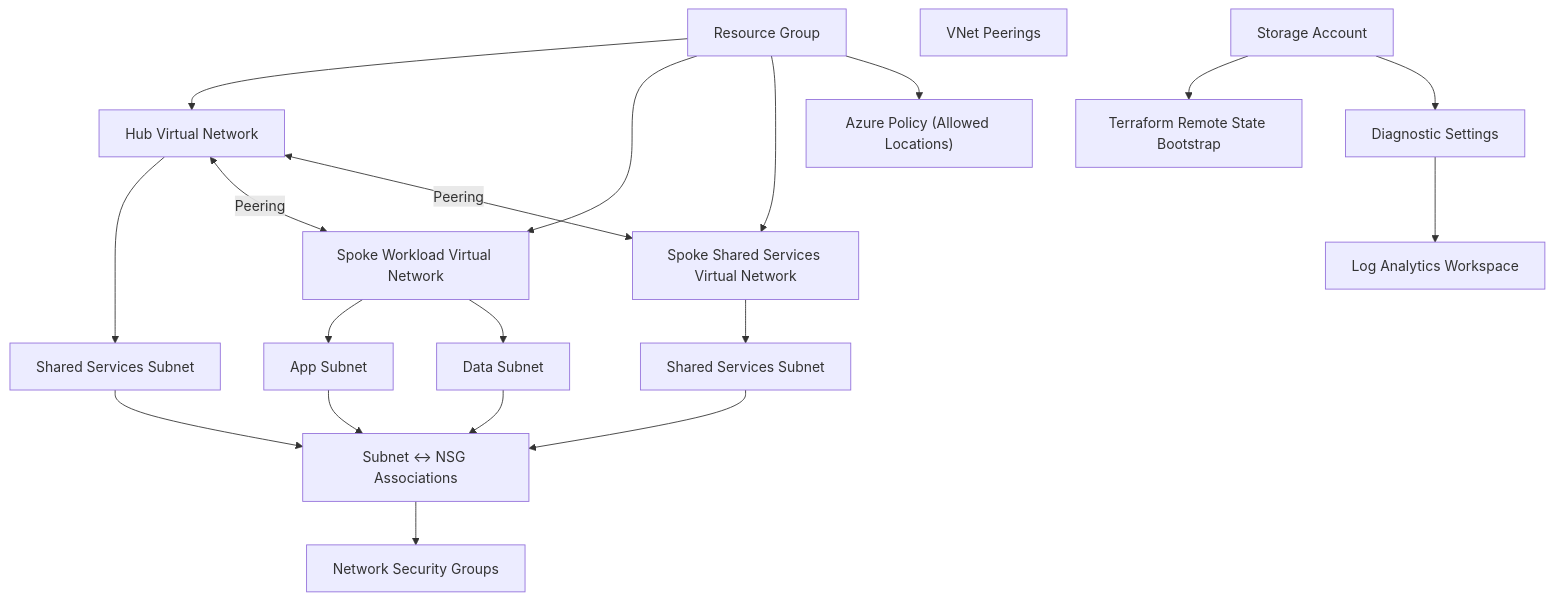
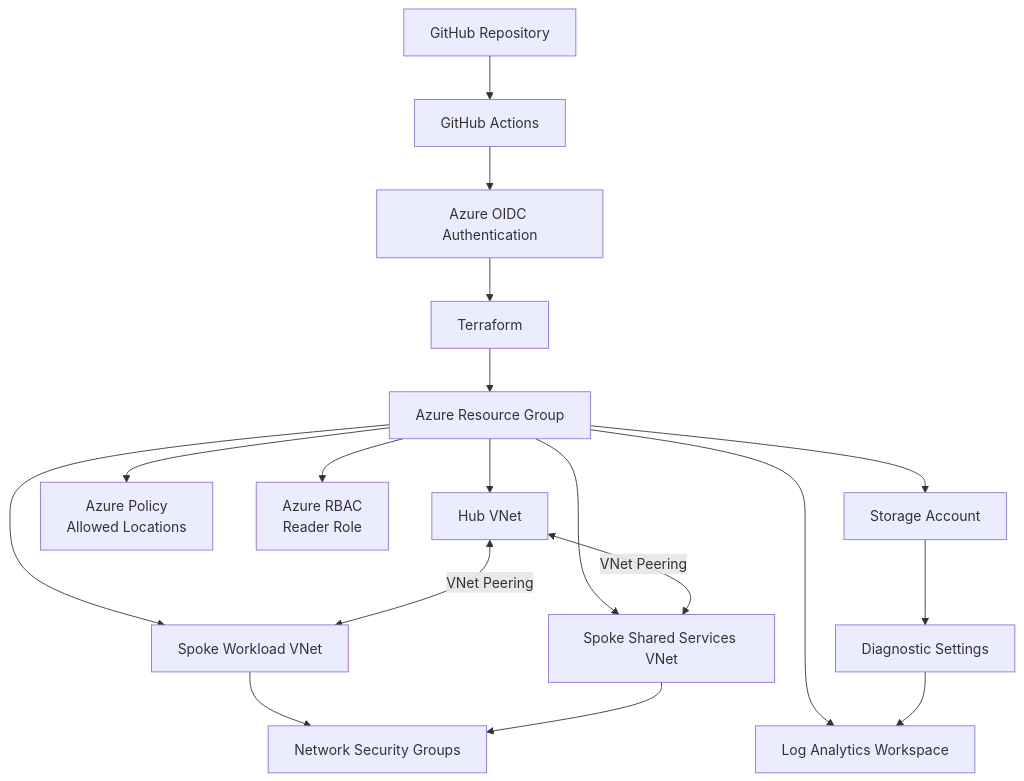
Before and after one commit to mikeCayan99/azure-landing-zone-lite-foundation: the diagram in README.md, drawn with Mermaid. The commit also changed other lines of this file, not shown here.

````diff
--- a/README.md
+++ b/README.md
@@ -17,54 +23,47 @@
 ```mermaid
 flowchart TB
-    RG["Resource Group"]
+    GH["GitHub Repository"]
+    GHA["GitHub Actions"]
+    OIDC["Azure OIDC Authentication"]
+    TF["Terraform"]
 
-    HUB["Hub Virtual Network"]
-    HUBSUB["Shared Services Subnet"]
+    RG["Azure Resource Group"]
 
-    SPOKE1["Spoke Workload Virtual Network"]
-    APP["App Subnet"]
-    DATA["Data Subnet"]
-
-    SPOKE2["Spoke Shared Services Virtual Network"]
-    SHARED["Shared Services Subnet"]
+    HUB["Hub VNet"]
+    SPOKE1["Spoke Workload VNet"]
+    SPOKE2["Spoke Shared Services VNet"]
 
     NSG["Network Security Groups"]
-    ASSOC["Subnet ↔ NSG Associations"]
-    PEER["VNet Peerings"]
 
     LAW["Log Analytics Workspace"]
     DIAG["Diagnostic Settings"]
 
-    POLICY["Azure Policy (Allowed Locations)"]
+    POLICY["Azure Policy<br/>Allowed Locations"]
+    RBAC["Azure RBAC<br/>Reader Role"]
 
     STORAGE["Storage Account"]
-    BOOT["Terraform Remote State Bootstrap"]
+
+    GH --> GHA
+    GHA --> OIDC
+    OIDC --> TF
+    TF --> RG
 
     RG --> HUB
     RG --> SPOKE1
     RG --> SPOKE2
 
-    HUB --> HUBSUB
+    HUB <-->|VNet Peering| SPOKE1
+    HUB <-->|VNet Peering| SPOKE2
 
-    SPOKE1 --> APP
-    SPOKE1 --> DATA
+    SPOKE1 --> NSG
+    SPOKE2 --> NSG
 
-    SPOKE2 --> SHARED
-
-    APP --> ASSOC
-    DATA --> ASSOC
-    HUBSUB --> ASSOC
-    SHARED --> ASSOC
-
-    ASSOC --> NSG
-
-    HUB <-->|Peering| SPOKE1
-    HUB <-->|Peering| SPOKE2
-
-    STORAGE --> BOOT
-
+    RG --> LAW
     STORAGE --> DIAG
     DIAG --> LAW
 
     RG --> POLICY
+    RG --> RBAC
+
+    RG --> STORAGE
 ```
````
